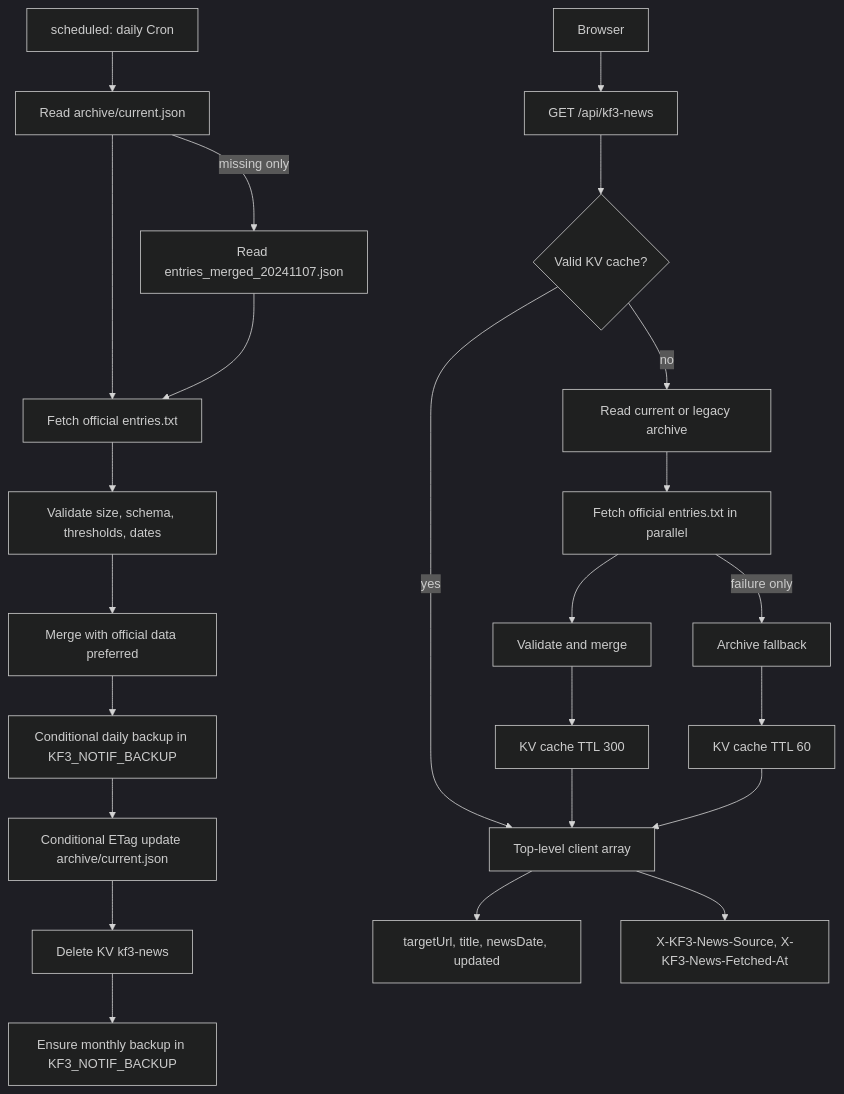
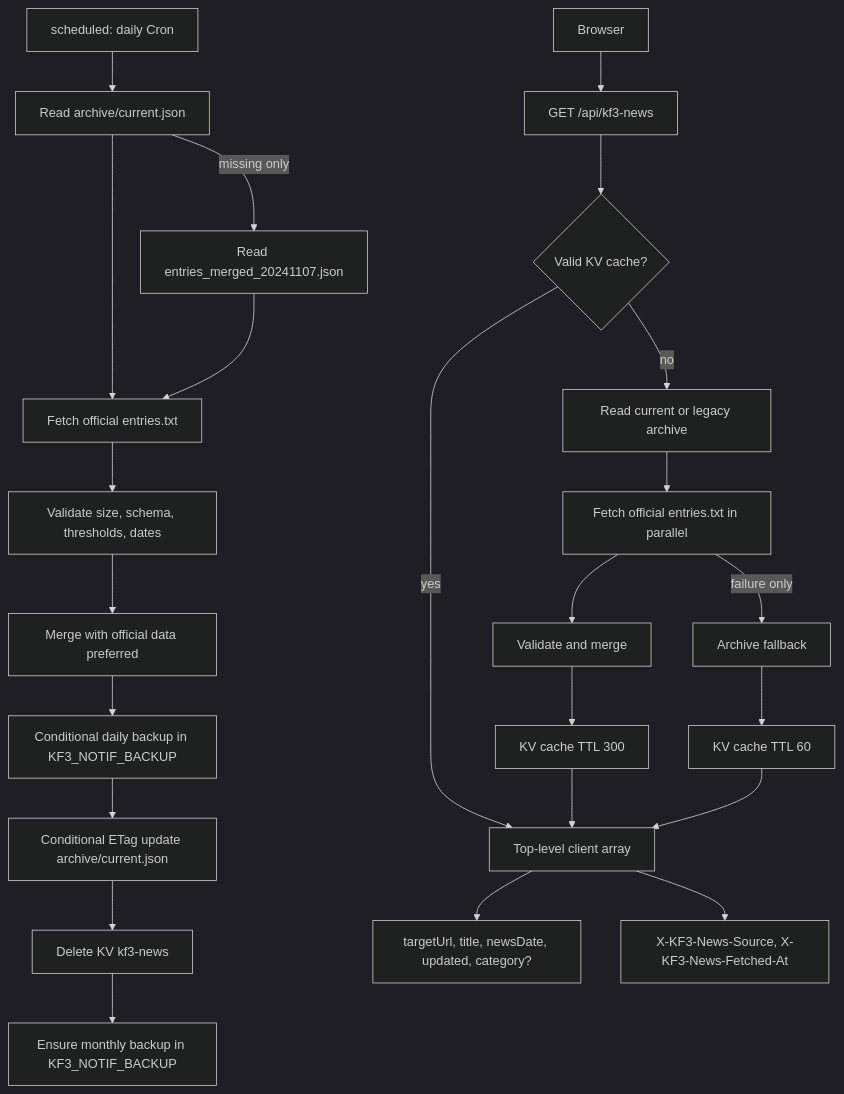
One commit to reamkf/kf3-notification-search changed the diagram in README.md. Above: the diagram before and after it, drawn with Mermaid (dark theme). The commit also changed other lines of this file and 8 other files, not shown here.

Commit message:
feat: display colored official news category labels

````diff
--- a/README.md
+++ b/README.md
@@ -139,27 +139,27 @@
 ```mermaid
 flowchart TD
     Cron[scheduled: daily Cron] --> ReadCurrent[Read archive/current.json]
     ReadCurrent -->|missing only| ReadLegacy[Read entries_merged_20241107.json]
     ReadCurrent --> OfficialCron[Fetch official entries.txt]
     ReadLegacy --> OfficialCron
     OfficialCron --> ValidateCron[Validate size, schema, thresholds, dates]
     ValidateCron --> MergeCron[Merge with official data preferred]
     MergeCron --> Daily[Conditional daily backup in KF3_NOTIF_BACKUP]
     Daily --> Current[Conditional ETag update archive/current.json]
     Current --> DeleteCache[Delete KV kf3-news]
     DeleteCache --> Monthly[Ensure monthly backup in KF3_NOTIF_BACKUP]
 
     Browser[Browser] --> API[GET /api/kf3-news]
     API --> Cache{Valid KV cache?}
     Cache -->|yes| Client[Top-level client array]
     Cache -->|no| ReadApi[Read current or legacy archive]
     ReadApi --> OfficialApi[Fetch official entries.txt in parallel]
     OfficialApi --> MergeApi[Validate and merge]
     MergeApi --> Cache300[KV cache TTL 300]
     OfficialApi -->|failure only| Fallback[Archive fallback]
     Fallback --> Cache60[KV cache TTL 60]
     Cache300 --> Client
     Cache60 --> Client
-    Client --> Fields[targetUrl, title, newsDate, updated]
+    Client --> Fields[targetUrl, title, newsDate, updated, category?]
     Client --> Metadata[X-KF3-News-Source, X-KF3-News-Fetched-At]
 ```
````
